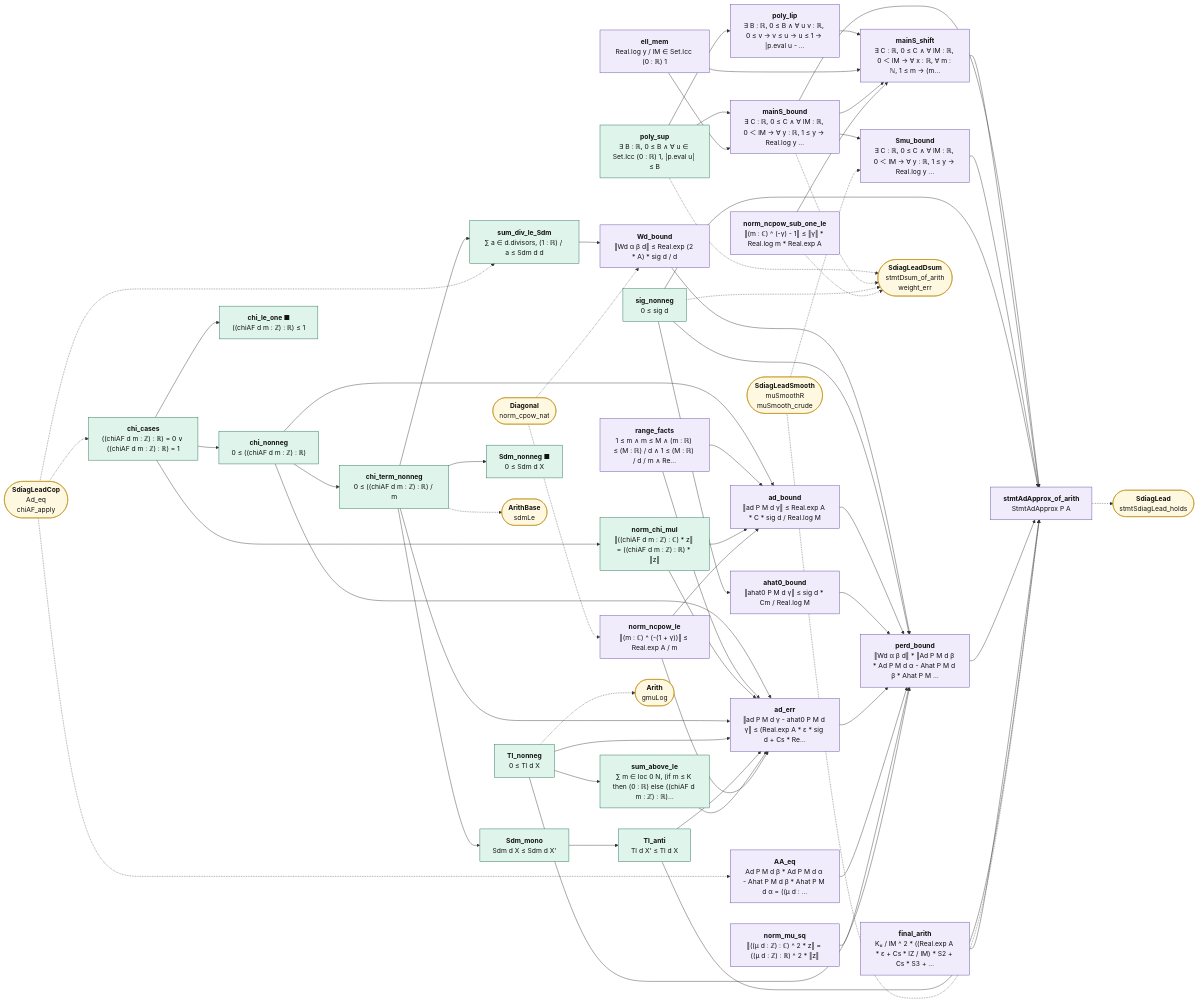
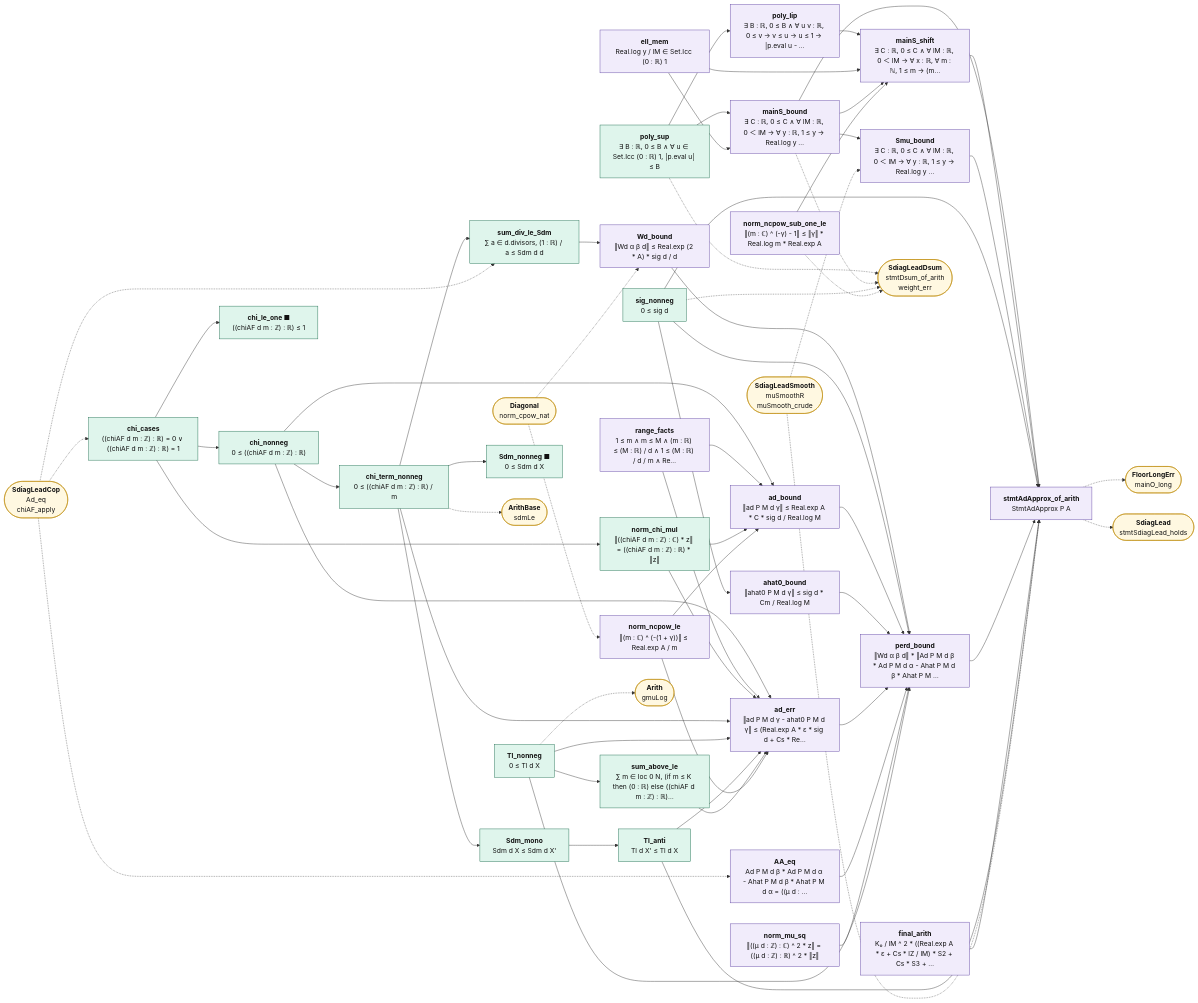
One commit to juliansambranojr/Primebeat_081426 changed the diagram in map/lean_stage3/SdiagLeadAd.mmd. Above: the diagram before and after it, drawn with Mermaid. The commit also changed 64 other files, not shown here.

```diff
--- a/map/lean_stage3/SdiagLeadAd.mmd
+++ b/map/lean_stage3/SdiagLeadAd.mmd
@@ -1,106 +1,108 @@
 flowchart LR
   n0["<b>chi_cases</b><br/>((chiAF d m : ℤ) : ℝ) = 0 ∨ ((chiAF d m : ℤ) : ℝ) = 1"]:::cnt
   n1["<b>chi_nonneg</b><br/>0 ≤ ((chiAF d m : ℤ) : ℝ)"]:::cnt
   n2["<b>chi_le_one ■</b><br/>((chiAF d m : ℤ) : ℝ) ≤ 1"]:::cnt
   n3["<b>chi_term_nonneg</b><br/>0 ≤ ((chiAF d m : ℤ) : ℝ) / m"]:::cnt
   n4["<b>Sdm_mono</b><br/>Sdm d X ≤ Sdm d X'"]:::cnt
   n5["<b>Tl_nonneg</b><br/>0 ≤ Tl d X"]:::cnt
   n6["<b>Tl_anti</b><br/>Tl d X' ≤ Tl d X"]:::cnt
   n7["<b>sum_above_le</b><br/>∑ m ∈ Ioc 0 N, (if m ≤ K then (0 : ℝ) else ((chiAF d m : ℤ) : ℝ)…"]:::cnt
   n8["<b>norm_ncpow_le</b><br/>‖(m : ℂ) ^ (-(1 + γ))‖ ≤ Real.exp A / m"]:::shp
   n9["<b>norm_ncpow_sub_one_le</b><br/>‖(m : ℂ) ^ (-γ) - 1‖ ≤ ‖γ‖ * Real.log m * Real.exp A"]:::shp
   n10["<b>poly_sup</b><br/>∃ B : ℝ, 0 ≤ B ∧ ∀ u ∈ Set.Icc (0 : ℝ) 1, |p.eval u| ≤ B"]:::cnt
   n11["<b>poly_lip</b><br/>∃ B : ℝ, 0 ≤ B ∧ ∀ u v : ℝ, 0 ≤ v → v ≤ u → u ≤ 1 → |p.eval u - …"]:::shp
   n12["<b>ell_mem</b><br/>Real.log y / lM ∈ Set.Icc (0 : ℝ) 1"]:::shp
   n13["<b>mainS_bound</b><br/>∃ C : ℝ, 0 ≤ C ∧ ∀ lM : ℝ, 0 ＜ lM → ∀ y : ℝ, 1 ≤ y → Real.log y …"]:::shp
   n14["<b>mainS_shift</b><br/>∃ C : ℝ, 0 ≤ C ∧ ∀ lM : ℝ, 0 ＜ lM → ∀ x : ℝ, ∀ m : ℕ, 1 ≤ m → (m…"]:::shp
   n15["<b>Smu_bound</b><br/>∃ C : ℝ, 0 ≤ C ∧ ∀ lM : ℝ, 0 ＜ lM → ∀ y : ℝ, 1 ≤ y → Real.log y …"]:::shp
   n16["<b>sum_div_le_Sdm</b><br/>∑ a ∈ d.divisors, (1 : ℝ) / a ≤ Sdm d d"]:::cnt
   n17["<b>Wd_bound</b><br/>‖Wd α β d‖ ≤ Real.exp (2 * A) * sig d / d"]:::shp
   n18["<b>sig_nonneg</b><br/>0 ≤ sig d"]:::cnt
   n19["<b>Sdm_nonneg ■</b><br/>0 ≤ Sdm d X"]:::cnt
   n20["<b>range_facts</b><br/>1 ≤ m ∧ m ≤ M ∧ (m : ℝ) ≤ (M : ℝ) / d ∧ 1 ≤ (M : ℝ) / d / m ∧ Re…"]:::shp
   n21["<b>norm_chi_mul</b><br/>‖((chiAF d m : ℤ) : ℂ) * z‖ = ((chiAF d m : ℤ) : ℝ) * ‖z‖"]:::cnt
   n22["<b>ad_bound</b><br/>‖ad P M d γ‖ ≤ Real.exp A * C * sig d / Real.log M"]:::shp
   n23["<b>ahat0_bound</b><br/>‖ahat0 P M d γ‖ ≤ sig d * Cm / Real.log M"]:::shp
   n24["<b>ad_err</b><br/>‖ad P M d γ - ahat0 P M d γ‖ ≤ (Real.exp A * ε * sig d + Cs * Re…"]:::shp
   n25["<b>AA_eq</b><br/>Ad P M d β * Ad P M d α - Ahat P M d β * Ahat P M d α = ((μ d : …"]:::shp
   n26["<b>norm_mu_sq</b><br/>‖((μ d : ℤ) : ℂ) ^ 2 * z‖ = ((μ d : ℤ) : ℝ) ^ 2 * ‖z‖"]:::shp
   n27["<b>perd_bound</b><br/>‖Wd α β d‖ * ‖Ad P M d β * Ad P M d α - Ahat P M d β * Ahat P M …"]:::shp
   n28["<b>final_arith</b><br/>K₀ / lM ^ 2 * ((Real.exp A * ε + Cs * lZ / lM) * S2 + Cs * S3 + …"]:::shp
   n29["<b>stmtAdApprox_of_arith</b><br/>StmtAdApprox P A"]:::shp
   x0(["<b>SdiagLeadCop</b><br/>Ad_eq<br/>chiAF_apply"]):::ext
   x1(["<b>ArithBase</b><br/>sdmLe"]):::ext
   x2(["<b>Arith</b><br/>gmuLog"]):::ext
   x3(["<b>Diagonal</b><br/>norm_cpow_nat"]):::ext
   x4(["<b>SdiagLeadDsum</b><br/>stmtDsum_of_arith<br/>weight_err"]):::ext
   x5(["<b>SdiagLeadSmooth</b><br/>muSmoothR<br/>muSmooth_crude"]):::ext
-  x6(["<b>SdiagLead</b><br/>stmtSdiagLead_holds"]):::ext
+  x6(["<b>FloorLongErr</b><br/>mainO_long"]):::ext
+  x7(["<b>SdiagLead</b><br/>stmtSdiagLead_holds"]):::ext
   n0 --> n1
   n0 --> n2
   n0 --> n21
   n1 --> n22
   n1 --> n24
   n1 --> n3
   n10 --> n11
   n10 --> n13
   n11 --> n14
   n12 --> n13
   n12 --> n14
   n13 --> n14
   n13 --> n15
   n13 --> n29
   n14 --> n29
   n15 --> n29
   n16 --> n17
   n17 --> n27
   n18 --> n23
   n18 --> n27
   n18 --> n29
   n20 --> n22
   n20 --> n24
   n21 --> n22
   n21 --> n24
   n22 --> n27
   n23 --> n27
   n24 --> n27
   n25 --> n27
   n26 --> n27
   n27 --> n29
   n28 --> n29
   n3 --> n16
   n3 --> n19
   n3 --> n24
   n3 --> n4
   n4 --> n6
   n5 --> n24
   n5 --> n27
   n5 --> n7
   n6 --> n24
   n6 --> n29
   n7 --> n24
   n8 --> n22
   n8 --> n24
   n9 --> n14
   n10 -.-> x4
   n13 -.-> x4
   n18 -.-> x4
   n29 -.-> x6
+  n29 -.-> x7
   n3 -.-> x1
   n5 -.-> x2
   n9 -.-> x4
   x0 -.-> n0
   x0 -.-> n16
   x0 -.-> n25
   x3 -.-> n17
   x3 -.-> n8
   x5 -.-> n15
   x5 -.-> n29
   classDef cnt fill:#dff5ec,stroke:#17694a,color:#111
   classDef shp fill:#f1ecfb,stroke:#5b3fa0,color:#111
   classDef rh fill:#ffe5e5,stroke:#c22,color:#111,stroke-width:2px
   classDef thm fill:#eef4ff,stroke:#335,color:#111
   classDef end_ fill:#e7f7e7,stroke:#2a7,color:#111,stroke-width:2px
   classDef lone fill:#fff,stroke:#999,color:#111,stroke-dasharray:4 3
   classDef bad fill:#ffe5e5,stroke:#c22,color:#111,stroke-width:2px
   classDef ext fill:#fff8e1,stroke:#b80,color:#111
```
